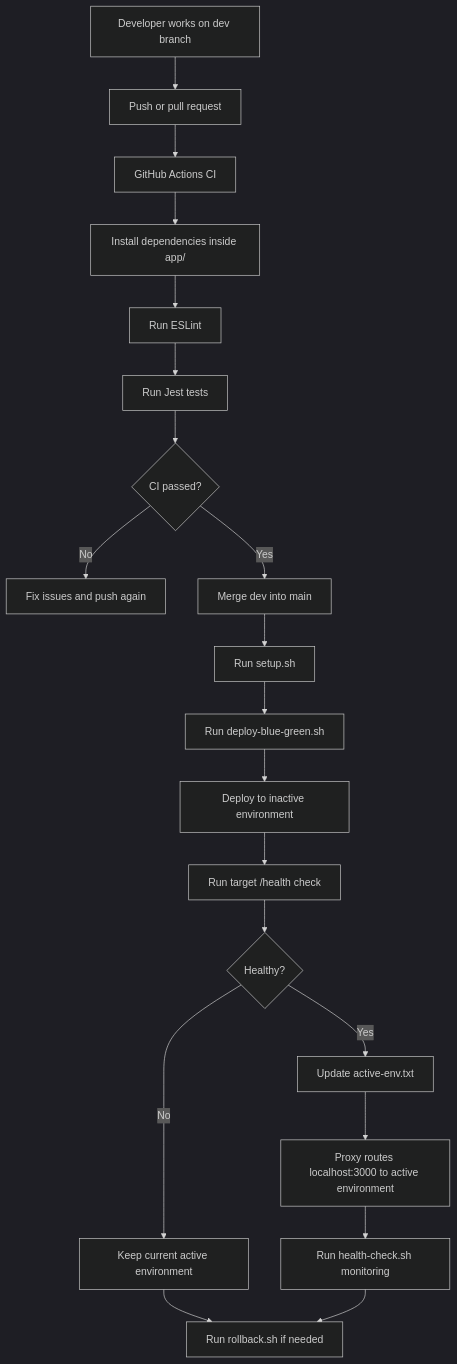
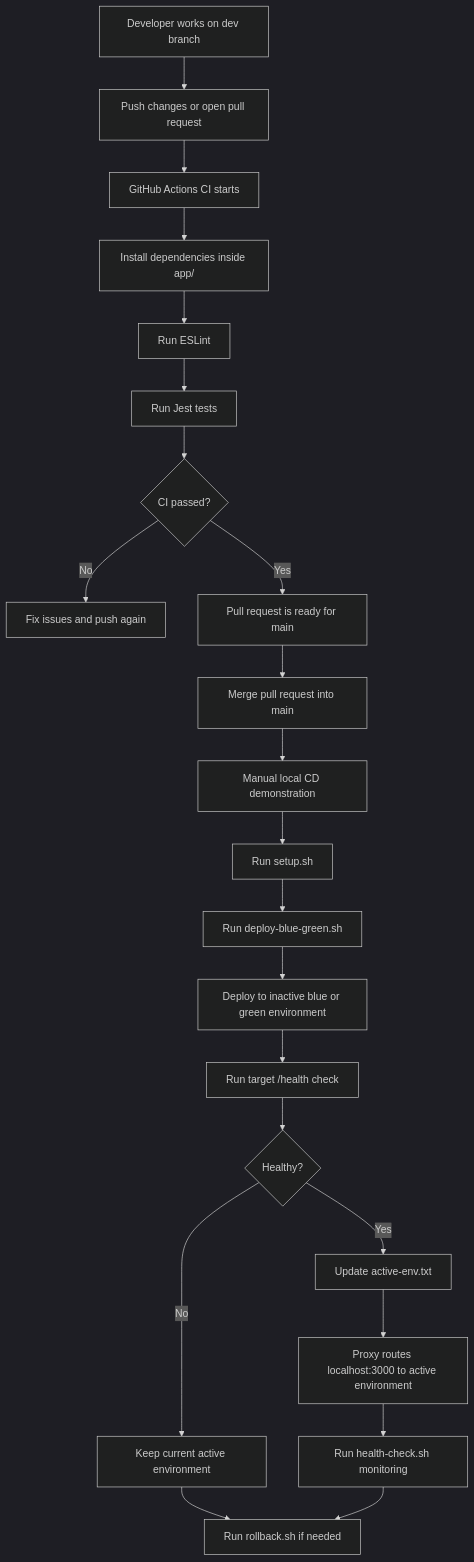
The diagram in README.md (Nika1337/devops-midterm), drawn with Mermaid (dark theme) before and after one commit.

Commit message:
update workflow diagram

````diff
--- a/README.md
+++ b/README.md
@@ -259,22 +259,25 @@
 ```mermaid
 flowchart TD
-    A[Developer works on dev branch] --> B[Push or pull request]
-    B --> C[GitHub Actions CI]
+    A[Developer works on dev branch] --> B[Push changes or open pull request]
+    B --> C[GitHub Actions CI starts]
     C --> D[Install dependencies inside app/]
     D --> E[Run ESLint]
     E --> F[Run Jest tests]
     F --> G{CI passed?}
     G -->|No| H[Fix issues and push again]
-    G -->|Yes| I[Merge dev into main]
-    I --> J[Run setup.sh]
-    J --> K[Run deploy-blue-green.sh]
-    K --> L[Deploy to inactive environment]
-    L --> M[Run target /health check]
-    M --> N{Healthy?}
-    N -->|No| O[Keep current active environment]
-    N -->|Yes| P[Update active-env.txt]
-    P --> Q[Proxy routes localhost:3000 to active environment]
-    Q --> R[Run health-check.sh monitoring]
-    O --> S[Run rollback.sh if needed]
-    R --> S
+    G -->|Yes| I[Pull request is ready for main]
+    I --> J[Merge pull request into main]
+
+    J --> K[Manual local CD demonstration]
+    K --> L[Run setup.sh]
+    L --> M[Run deploy-blue-green.sh]
+    M --> N[Deploy to inactive blue or green environment]
+    N --> O[Run target /health check]
+    O --> P{Healthy?}
+    P -->|No| Q[Keep current active environment]
+    P -->|Yes| R[Update active-env.txt]
+    R --> S[Proxy routes localhost:3000 to active environment]
+    S --> T[Run health-check.sh monitoring]
+    Q --> U[Run rollback.sh if needed]
+    T --> U
 ```
````
